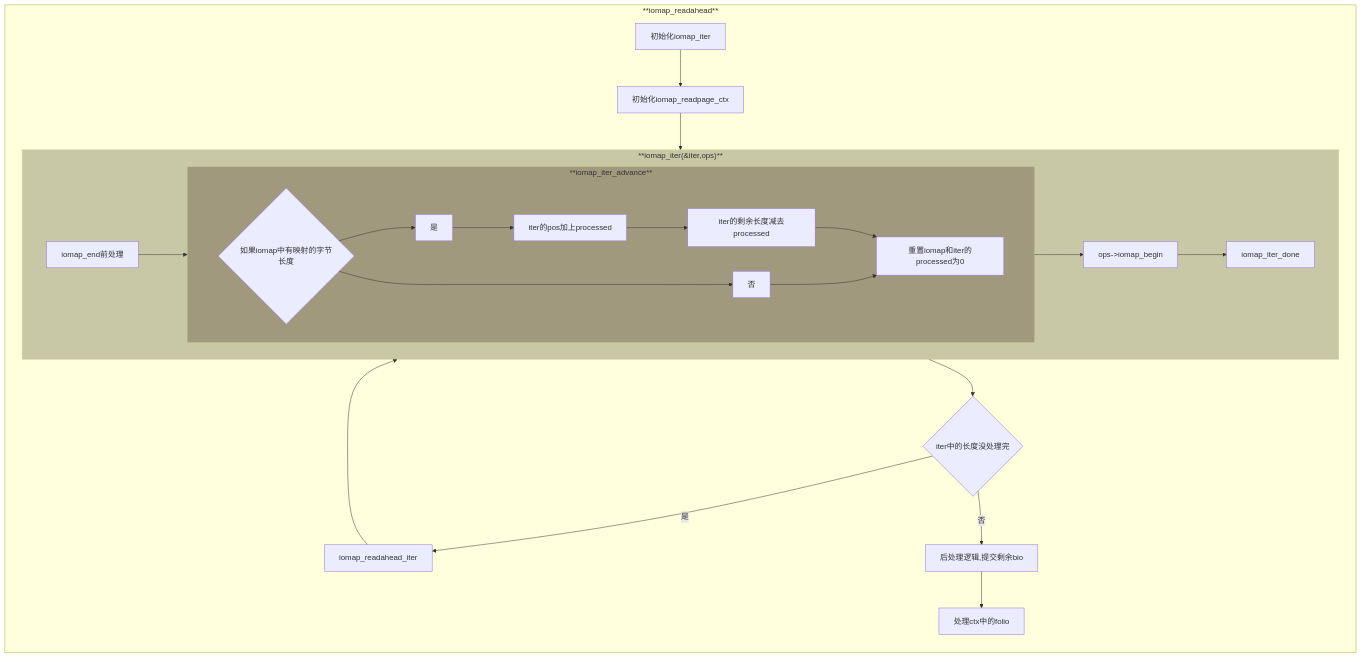
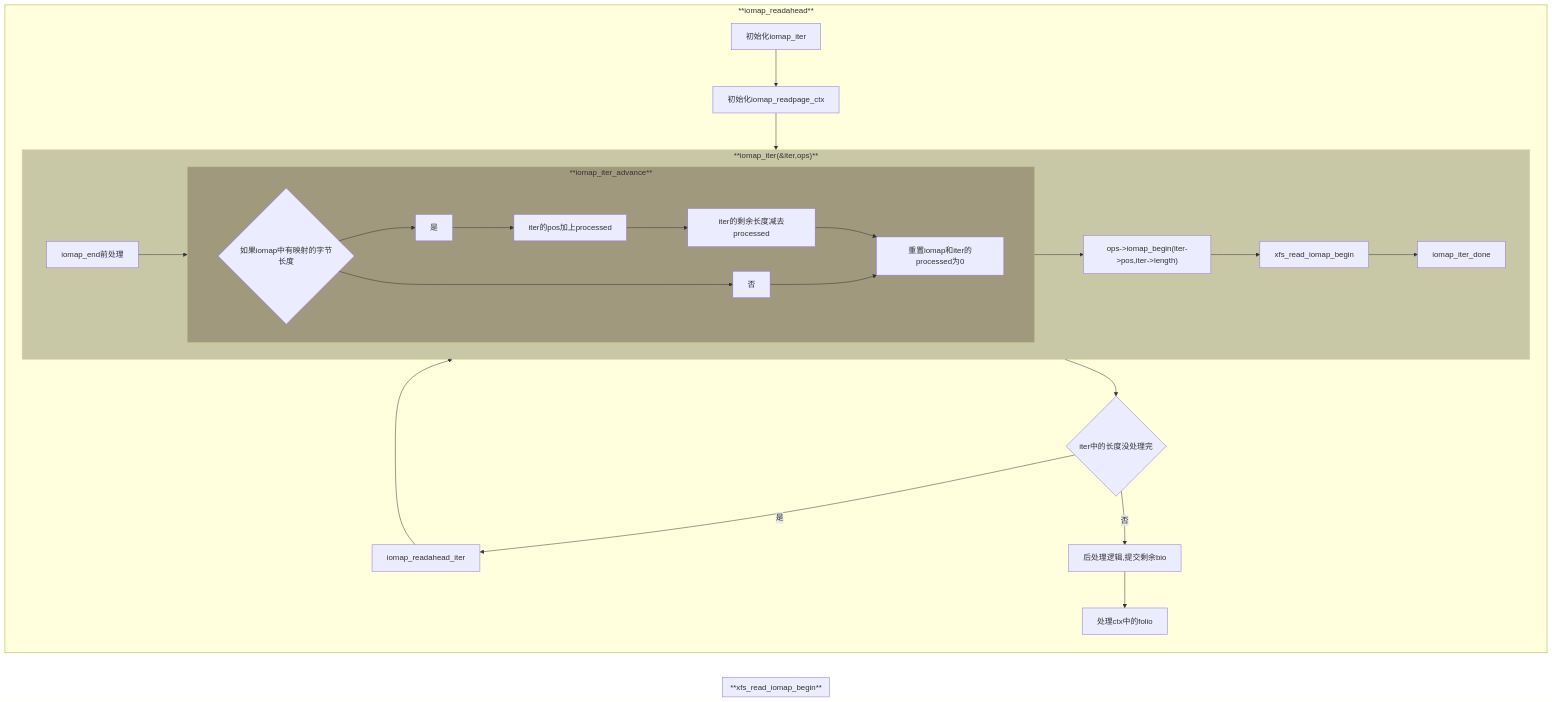
One commit to sigmanature/learn_os_note changed the diagram in 6.13.1内核文档注释/fs/iomap/buffered_io.c/README.md. Above: the diagram before and after it, drawn with Mermaid. The commit also changed 1 other file, not shown here.

````diff
--- a/6.13.1内核文档注释/fs/iomap/buffered_io.c/README.md
+++ b/6.13.1内核文档注释/fs/iomap/buffered_io.c/README.md
@@ -2,20 +2,22 @@
 ```mermaid
 graph LR
     subgraph c[**iomap_iter_advance**]
         1{如果iomap中有映射的字节长度}
         1-->是-->iter的pos加上processed-->iter的剩余长度减去processed-->2[重置iomap和iter的processed为0]
         1-->否-->2
     end
+    subgraph d[**xfs_read_iomap_begin**]
+    end
     subgraph b["**iomap_iter(&iter,ops)**"]
-        G[iomap_end前处理]-->c-->I["ops->iomap_begin"]-->J[iomap_iter_done]
+        G[iomap_end前处理]-->c-->I["ops->iomap_begin(iter->pos,iter->length)"]-->J[xfs_read_iomap_begin]-->K[iomap_iter_done]
     end
     style b fill:#775,opacity:0.4
     style c fill:#654,opacity:0.4
     subgraph a[**iomap_readahead**]
         A[初始化iomap_iter]-->B[初始化iomap_readpage_ctx]-->b-->C{"iter中的长度没处理完"}
         C--是-->D[iomap_readahead_iter]-->b
         C--否-->E[后处理逻辑,提交剩余bio]-->F[处理ctx中的folio]
     end
     
 click A "https://github.com/sigmanature/learn_os_note/blob/main/6.13.1%E5%86%85%E6%A0%B8%E6%96%87%E6%A1%A3%E6%B3%A8%E9%87%8A/include/linux/iomap.h/struct_iomap_iter.md"
 ```
````
